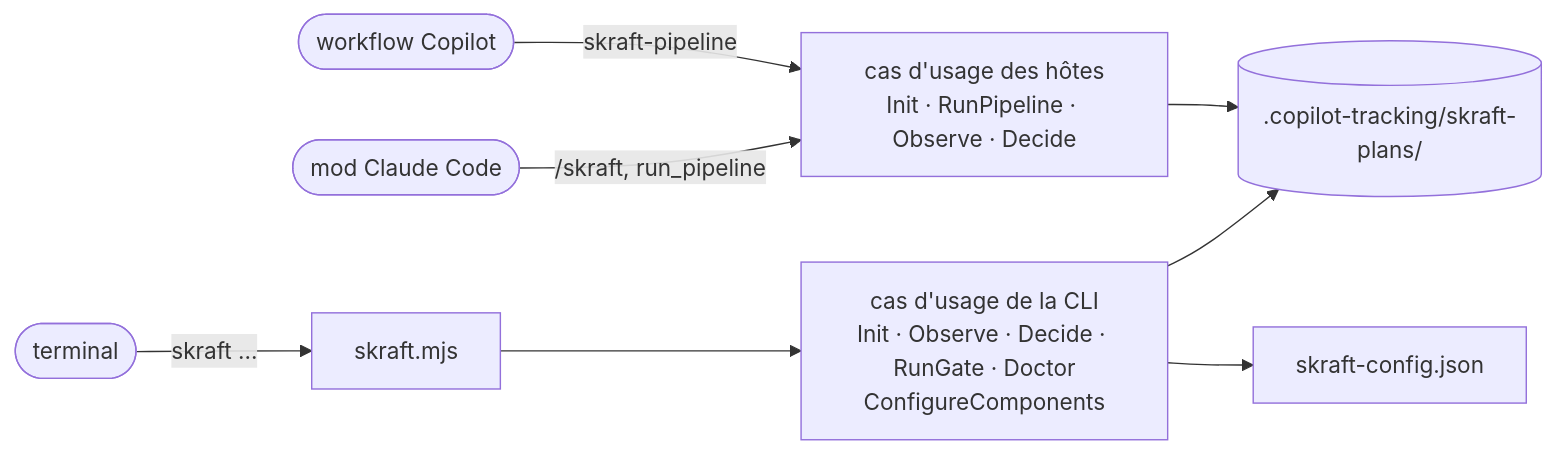
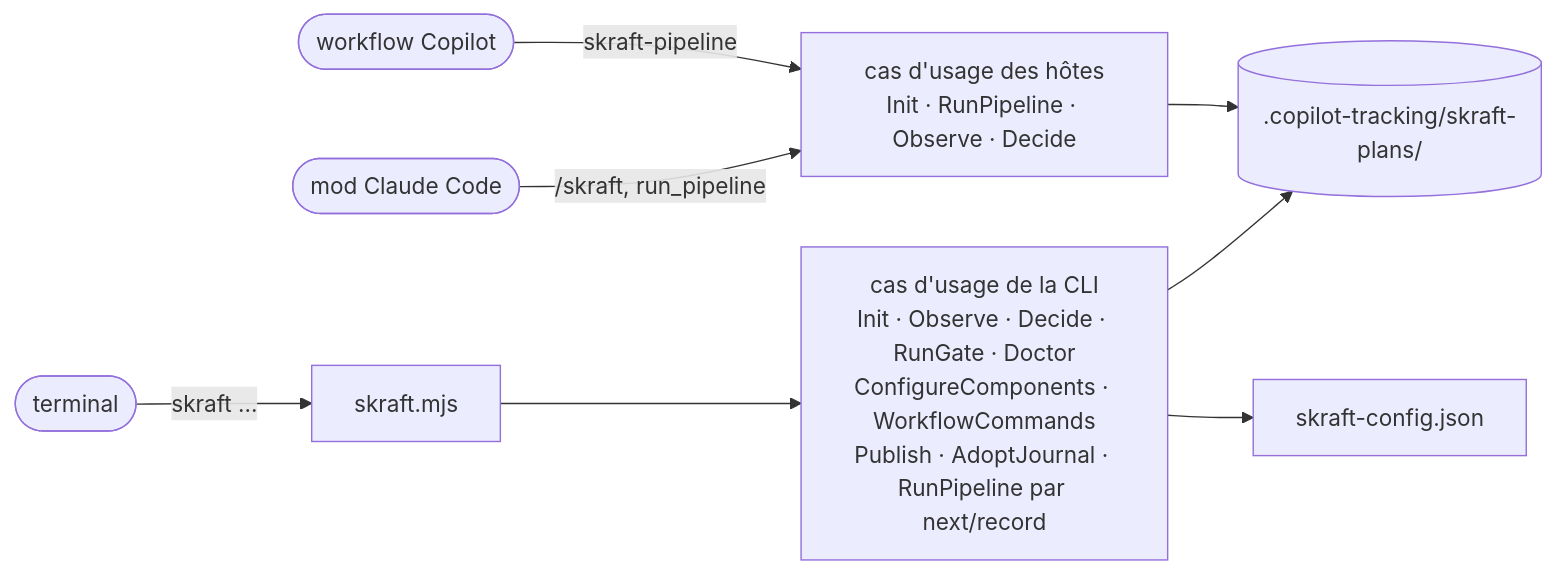
Before and after one commit to SebastienDegodez/skraft-plugin: the first of 4 diagrams in docs/site/fr/reference/cli.md, drawn with Mermaid. The commit also changed other lines of this file and 1 other file, not shown here.

First line of the commit message:
docs(site): document every skraft command in the CLI reference

````diff
--- a/docs/site/fr/reference/cli.md
+++ b/docs/site/fr/reference/cli.md
@@ -41,11 +42,11 @@
 ```mermaid
 flowchart LR
     T([terminal]) -->|skraft …| CLI[skraft.mjs]
     M([mod Claude Code]) -->|/skraft, run_pipeline| HP
     W([workflow Copilot]) -->|skraft-pipeline| HP
-    CLI --> UC[cas d'usage de la CLI<br/>Init · Observe · Decide · RunGate · Doctor<br/>ConfigureComponents]
+    CLI --> UC[cas d'usage de la CLI<br/>Init · Observe · Decide · RunGate · Doctor<br/>ConfigureComponents · WorkflowCommands<br/>Publish · AdoptJournal · RunPipeline par next/record]
     HP[cas d'usage des hôtes<br/>Init · RunPipeline · Observe · Decide]
     UC --> J[(.copilot-tracking/skraft-plans/)]
     HP --> J
     UC --> C[skraft-config.json]
 ```
````
